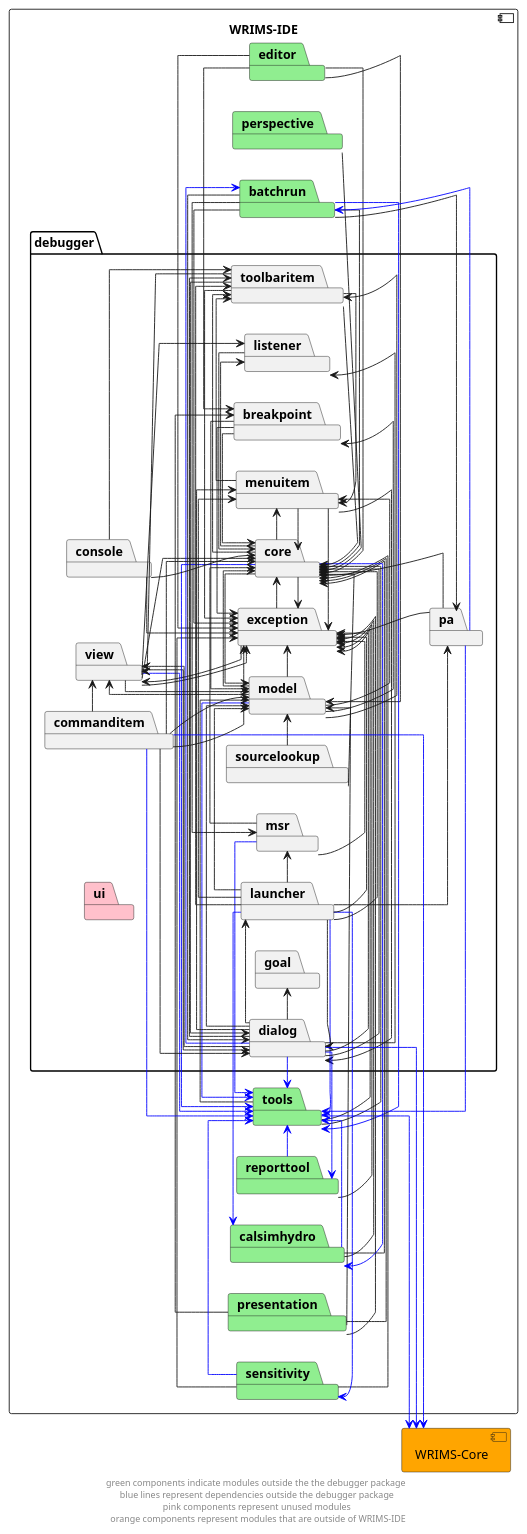
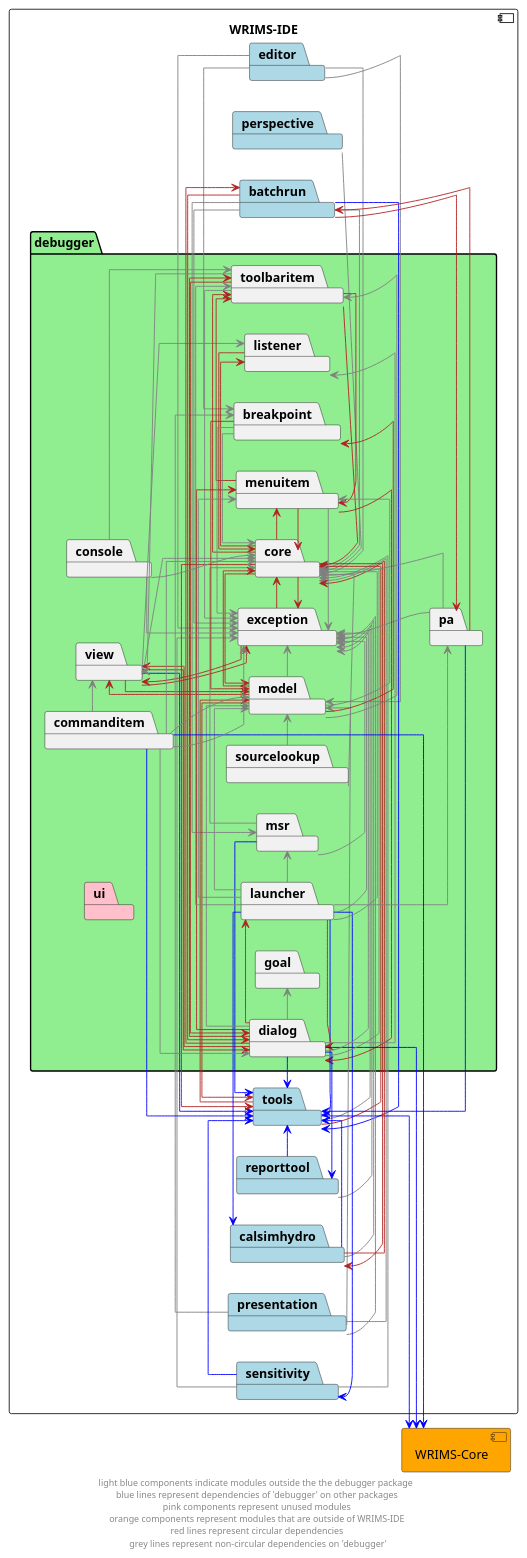
The diagram in docs/diagrams/wrims-ide/wrims-ide-debugger-interdeps.puml (CentralValleyModeling/wrims-gui), drawn with PlantUML before and after one commit. The commit also changed 25 other files, not shown here.

Commit message:
Updated diagrams created for WRIMS 2.2 dependency analysis

```diff
--- a/docs/diagrams/wrims-ide/wrims-ide-debugger-interdeps.puml
+++ b/docs/diagrams/wrims-ide/wrims-ide-debugger-interdeps.puml
@@ -1,165 +1,165 @@
 @startuml
 left to right direction
 skinparam linetype ortho
 
 component WRIMS-IDE {
-    package debugger {
+    package debugger #lightgreen {
         package breakpoint
         package commanditem
         package console
         package core
         package dialog
         package exception
         package goal
         package launcher
         package listener
         package menuitem
         package model
         package msr
         package pa
         package sourcelookup
         package toolbaritem
         package ui #pink
         package view
     }
-    package tools #lightgreen
-    package batchrun #lightgreen
-    package sensitivity #lightgreen
-    package calsimhydro #lightgreen
-    package reporttool #lightgreen
-    package editor #lightgreen
-    package perspective #lightgreen
-    package presentation #lightgreen
+    package tools #lightblue
+    package batchrun #lightblue
+    package sensitivity #lightblue
+    package calsimhydro #lightblue
+    package reporttool #lightblue
+    package editor #lightblue
+    package perspective #lightblue
+    package presentation #lightblue
 }
 component WRIMS_Core as "WRIMS-Core" #orange
 
 view -down-> tools #blue
-view -down-> core
-view -> dialog
-view -> exception
-view -> listener
-view -u-> model
+view -down-> core #grey
+view -> dialog  #firebrick
+view -> exception #firebrick
+view -> listener #grey
+view -u-> model #firebrick
 
-editor -> core
-editor -> exception
-editor -> model
-editor -> breakpoint
+editor -> core #grey
+editor -> exception #grey
+editor -> model #grey
+editor -> breakpoint #grey
 
-perspective -> core
+perspective -> core #grey
 
-batchrun -> core
+batchrun -> core #grey
 batchrun -> tools #blue
-batchrun -> exception
-batchrun -> dialog
-batchrun -> msr
-batchrun -> pa
+batchrun -> exception #grey
+batchrun -> dialog #firebrick
+batchrun -> msr #grey
+batchrun -> pa #firebrick
 
-presentation -> model
-presentation -> core
-presentation -> exception
-presentation -> breakpoint
+presentation -> model #grey
+presentation -> core #grey
+presentation -> exception #grey
+presentation -> breakpoint #grey
 
-reporttool -> exception
+reporttool -> exception #grey
 reporttool -> tools #blue
 
-sensitivity -> exception
+sensitivity -> exception #grey
 sensitivity -> tools #blue
-sensitivity -> core
+sensitivity -> core #grey
 
-tools -> core
-tools -> exception
-tools -> model
+tools -> core #firebrick
+tools -> exception #grey
+tools -> model #firebrick
 tools -> WRIMS_Core #blue
 
-calsimhydro -> core
-calsimhydro -> exception
+calsimhydro -> core #firebrick
+calsimhydro -> exception #grey
 calsimhydro -> tools #blue
 
-toolbaritem -> exception
-toolbaritem -u-> view
-toolbaritem -> core
-toolbaritem -> dialog
-toolbaritem -> menuitem
+toolbaritem -> exception #grey
+toolbaritem -u-> view #grey
+toolbaritem -> core #firebrick
+toolbaritem -> dialog #firebrick
+toolbaritem -> menuitem #firebrick
 
-sourcelookup -> model
-sourcelookup -> core
+sourcelookup -> model #grey
+sourcelookup -> core #grey
 
 pa -down-> tools #blue
-pa -down-> batchrun #blue
-pa -u-> core
-pa -> exception
+pa -down-> batchrun #firebrick
+pa -u-> core #grey
+pa -> exception #grey
 
 msr -> tools #blue
-msr -> core
-msr -> exception
+msr -> core #grey
+msr -> exception #grey
 
-model -l-> tools #blue
-model -r-> core
-model -> view
-model -> breakpoint
-model -> exception
-model -> menuitem
-model -> toolbaritem
+model -l-> tools #firebrick
+model -r-> core #firebrick
+model -> view #firebrick
+model -> breakpoint #firebrick
+model -> exception #grey
+model -> menuitem #grey
+model -> toolbaritem #grey
 
-menuitem -> dialog
-menuitem -> core
-menuitem -> exception
-menuitem -> toolbaritem
+menuitem -> dialog #firebrick
+menuitem -> core #firebrick
+menuitem -> exception #grey
+menuitem -> toolbaritem #firebrick
 
-listener -> core
+listener -> core #firebrick
 
 launcher -down-> sensitivity #blue
 launcher -down-> calsimhydro #blue
 launcher -> tools #blue
-launcher -> core
-launcher -> exception
-launcher -> dialog
-launcher -> menuitem
-launcher -> toolbaritem
-launcher -> model
-launcher -> msr
-launcher -> pa
+launcher -> core #grey
+launcher -> exception #grey
+launcher -> dialog #firebrick
+launcher -> menuitem #grey
+launcher -> toolbaritem #grey
+launcher -> model #grey
+launcher -> msr #grey
+launcher -> pa #grey
 
-exception -> core
-exception -> view
+exception -> core #firebrick
+exception -> view #firebrick
 
-dialog -> batchrun #blue
+dialog -> batchrun #firebrick
 dialog -> tools #blue
 dialog -down-> reporttool #blue
 dialog -down-> WRIMS_Core #blue
-dialog -> core
-dialog -> exception
-dialog -> model
-dialog -> view
-dialog -> goal
-dialog -> listener
-dialog -> launcher
-dialog -> menuitem
-dialog -> toolbaritem
+dialog -> core #grey
+dialog -> exception #grey
+dialog -> model #grey
+dialog -> view #firebrick
+dialog -> goal #grey
+dialog -> listener #grey
+dialog -> launcher #firebrick
+dialog -> menuitem #firebrick
+dialog -> toolbaritem #firebrick
 
-core -> tools #blue
-core -> calsimhydro #blue
-core -> model
-core -> toolbaritem
-core -> exception
-core -> menuitem
-core -> listener
+core -> tools  #firebrick
+core -> calsimhydro #firebrick
+core -> model #firebrick
+core -> toolbaritem #firebrick
+core -> exception #firebrick
+core -> menuitem #firebrick
+core -> listener #firebrick
 
-console -> toolbaritem
-console --> core
-console -> exception
+console -> toolbaritem #grey
+console --> core #grey
+console -> exception #grey
 
 commanditem -down-> WRIMS_Core #blue
 commanditem -> tools #blue
-commanditem -> core
-commanditem -> dialog
-commanditem -> exception
-commanditem -> model
-commanditem -> view
+commanditem -> core #grey
+commanditem -> dialog #grey
+commanditem -> exception #grey
+commanditem -> model #grey
+commanditem -> view #grey
 
-breakpoint -> core
-breakpoint -> exception
-breakpoint -> model
+breakpoint -> core #grey
+breakpoint -> exception #grey
+breakpoint -> model #firebrick
 
-footer "green components indicate modules outside the the debugger package \n blue lines represent dependencies outside the debugger package \n pink components represent unused modules \n orange components represent modules that are outside of WRIMS-IDE"
+footer "light blue components indicate modules outside the the debugger package \n blue lines represent dependencies of 'debugger' on other packages \n pink components represent unused modules \n orange components represent modules that are outside of WRIMS-IDE \n red lines represent circular dependencies \n grey lines represent non-circular dependencies on 'debugger'"
 @enduml
```
